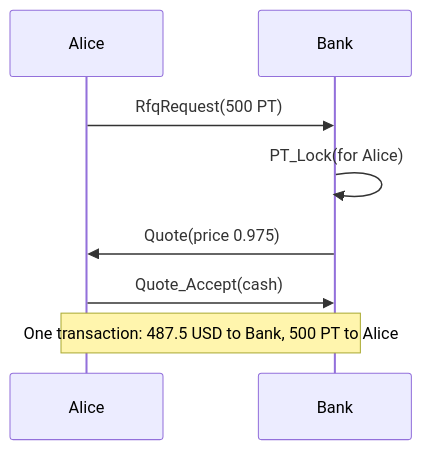
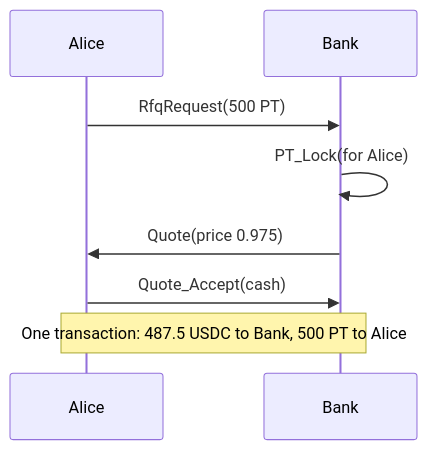
The fourth of 4 diagrams in docs/exodus.md (ayoubbuoya/exodus), drawn with Mermaid before and after one commit. The commit also changed other lines of this file and 11 other files, not shown here.

````diff
--- a/docs/exodus.md
+++ b/docs/exodus.md
@@ -208,10 +264,10 @@
 ```mermaid
 sequenceDiagram
   participant Alice
   participant Bank
   Alice->>Bank: RfqRequest(500 PT)
   Bank->>Bank: PT_Lock(for Alice)
   Bank->>Alice: Quote(price 0.975)
   Alice->>Bank: Quote_Accept(cash)
-  Note over Alice,Bank: One transaction: 487.5 USD to Bank, 500 PT to Alice
+  Note over Alice,Bank: One transaction: 487.5 USDC to Bank, 500 PT to Alice
 ```
````
